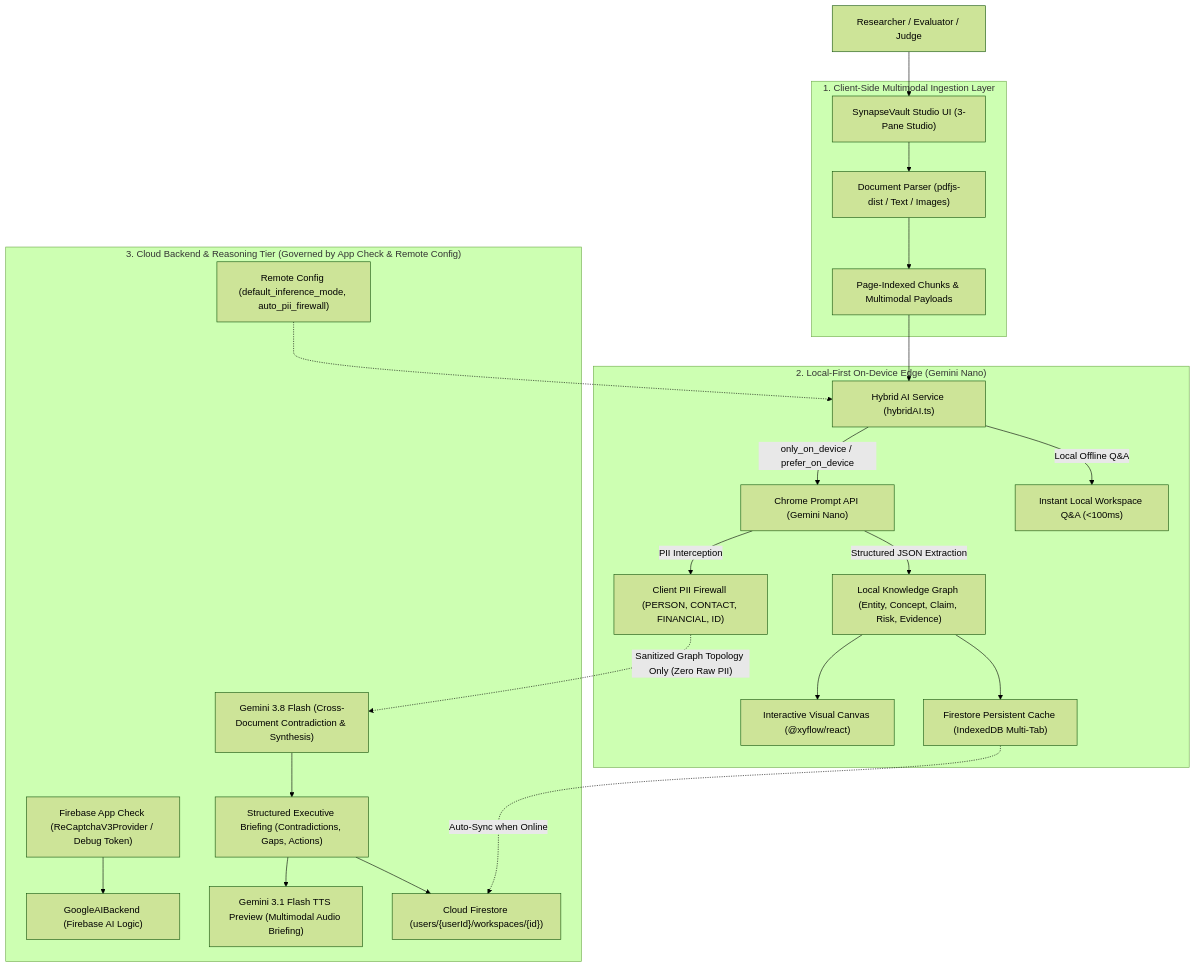
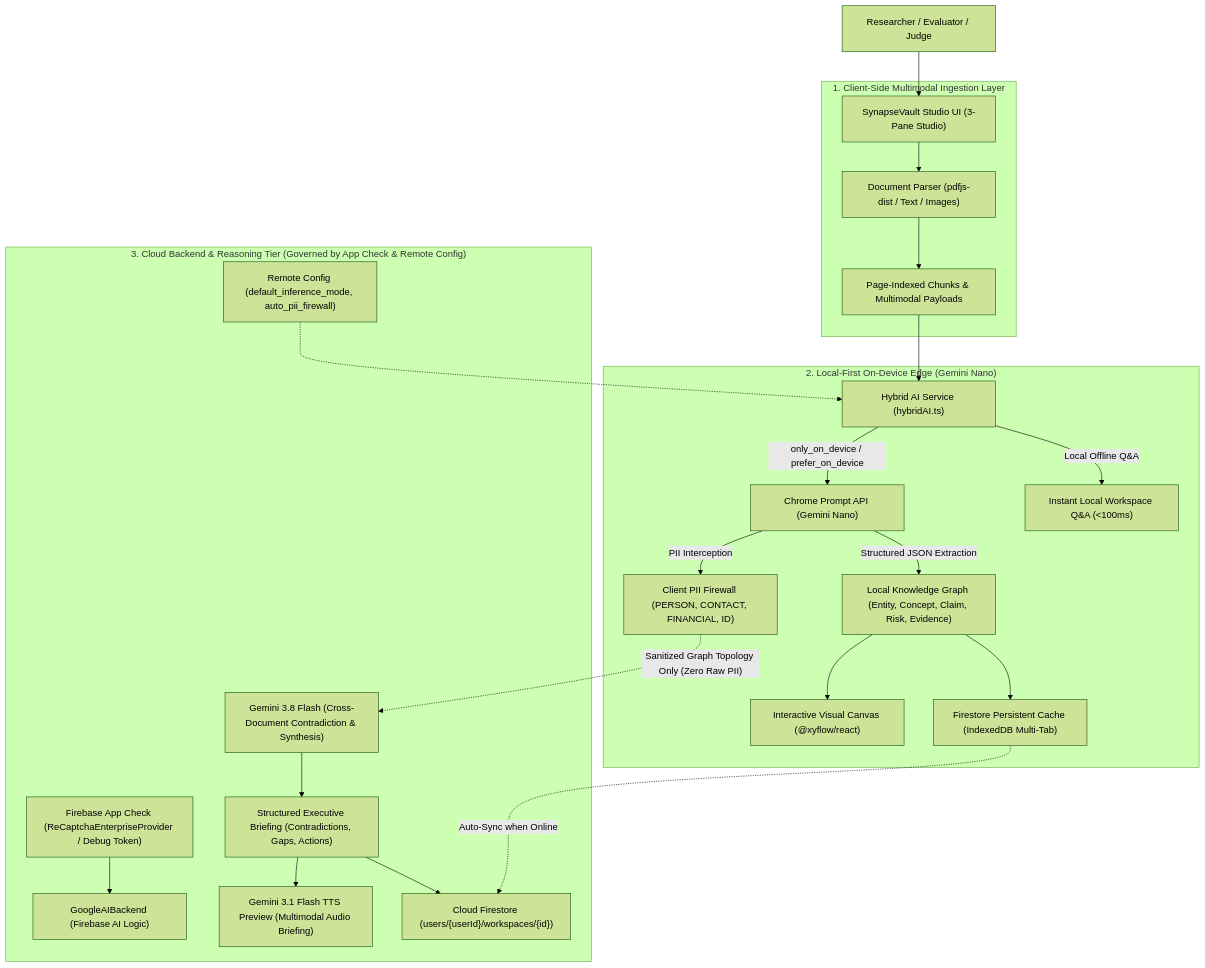
Before and after one commit to ritesh-1912/Firebase-Hackathon: the diagram in README.md, drawn with Mermaid (forest theme). The commit also changed other lines of this file and 8 other files, not shown here.

````diff
--- a/README.md
+++ b/README.md
@@ -33,33 +33,33 @@
 ```mermaid
 flowchart TD
     User["Researcher / Evaluator / Judge"] --> UI["SynapseVault Studio UI (3-Pane Studio)"]
     
     subgraph Ingestion["1. Client-Side Multimodal Ingestion Layer"]
         UI --> Parser["Document Parser (pdfjs-dist / Text / Images)"]
         Parser --> IngestData["Page-Indexed Chunks & Multimodal Payloads"]
     end
 
     subgraph LocalEdge["2. Local-First On-Device Edge (Gemini Nano)"]
         IngestData --> Router["Hybrid AI Service (hybridAI.ts)"]
         Router -->|"only_on_device / prefer_on_device"| PromptAPI["Chrome Prompt API (Gemini Nano)"]
         PromptAPI -->|"PII Interception"| Firewall["Client PII Firewall (PERSON, CONTACT, FINANCIAL, ID)"]
         PromptAPI -->|"Structured JSON Extraction"| GraphPayload["Local Knowledge Graph (Entity, Concept, Claim, Risk, Evidence)"]
         
         Router -->|"Local Offline Q&A"| OfflineQA["Instant Local Workspace Q&A (<100ms)"]
         
         GraphPayload --> GraphView["Interactive Visual Canvas (@xyflow/react)"]
         GraphPayload --> LocalCache["Firestore Persistent Cache (IndexedDB Multi-Tab)"]
     end
 
     subgraph Cloud["3. Cloud Backend & Reasoning Tier (Governed by App Check & Remote Config)"]
-        AppCheckGuard["Firebase App Check (ReCaptchaV3Provider / Debug Token)"] --> AIBackend["GoogleAIBackend (Firebase AI Logic)"]
+        AppCheckGuard["Firebase App Check (ReCaptchaEnterpriseProvider / Debug Token)"] --> AIBackend["GoogleAIBackend (Firebase AI Logic)"]
         RemoteConfig["Remote Config (default_inference_mode, auto_pii_firewall)"] -.-> Router
         
         Firewall -.->|"Sanitized Graph Topology Only (Zero Raw PII)"| CloudFlash["Gemini 3.8 Flash (Cross-Document Contradiction & Synthesis)"]
         CloudFlash --> CloudBriefing["Structured Executive Briefing (Contradictions, Gaps, Actions)"]
         CloudBriefing --> AudioTTS["Gemini 3.1 Flash TTS Preview (Multimodal Audio Briefing)"]
         
         LocalCache -.->|"Auto-Sync when Online"| CloudFirestore["Cloud Firestore (users/{userId}/workspaces/{id})"]
         CloudBriefing --> CloudFirestore
     end
 ```
````
